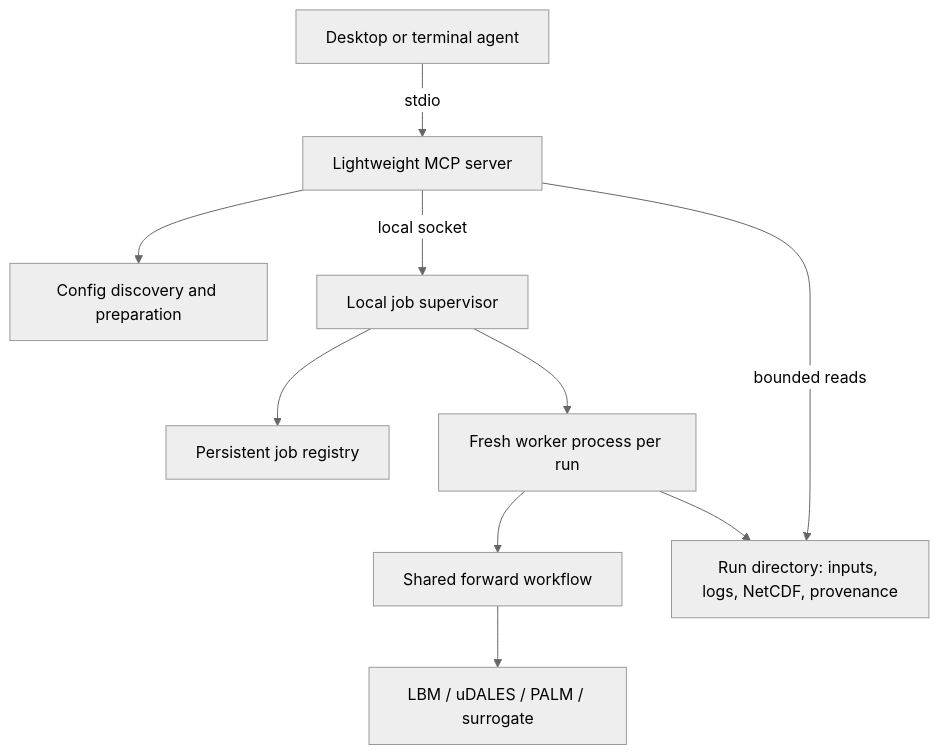
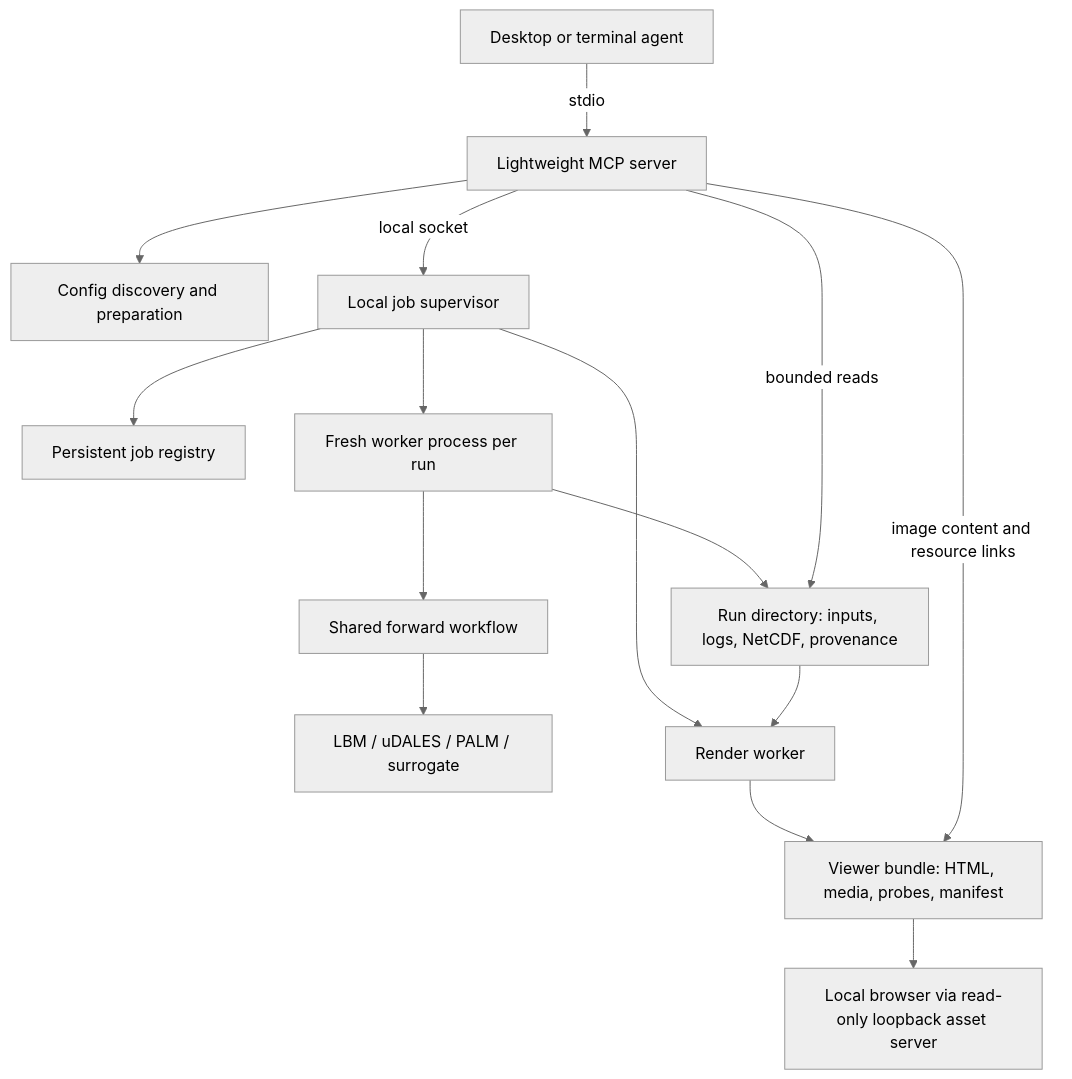
Before and after one commit to nmucke/pyurbanair: the diagram in docs/plans/local_forward_mcp.md, drawn with Mermaid (neutral theme). The commit also changed other lines of this file and 2 other files, not shown here.

Commit message:
docs: plan post-run visualization and adapt HTML viewer

````diff
--- a/docs/plans/local_forward_mcp.md
+++ b/docs/plans/local_forward_mcp.md
@@ -80,12 +89,17 @@
 ```mermaid
 flowchart TD
     A[Desktop or terminal agent] -->|stdio| B[Lightweight MCP server]
     B --> C[Config discovery and preparation]
     B -->|local socket| D[Local job supervisor]
     D --> E[Persistent job registry]
     D --> F[Fresh worker process per run]
     F --> G[Shared forward workflow]
     G --> H[LBM / uDALES / PALM / surrogate]
     F --> I[Run directory: inputs, logs, NetCDF, provenance]
     B -->|bounded reads| I
+    D --> J[Render worker]
+    I --> J
+    J --> K[Viewer bundle: HTML, media, probes, manifest]
+    B -->|image content and resource links| K
+    K --> L[Local browser via read-only loopback asset server]
 ```
````
